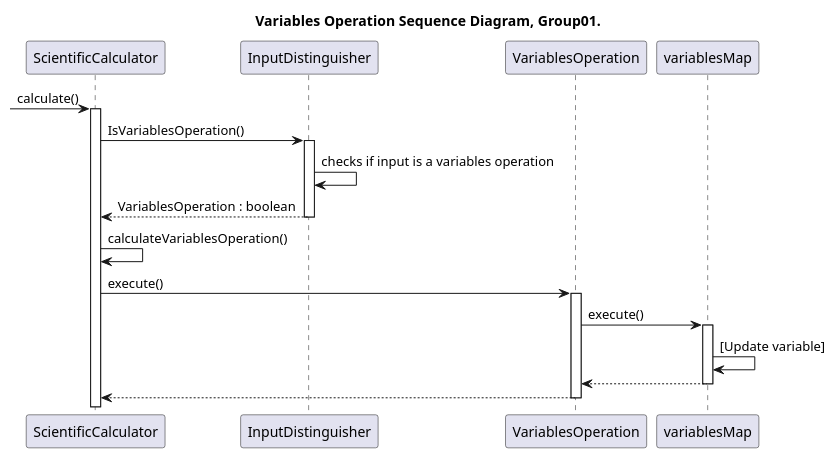
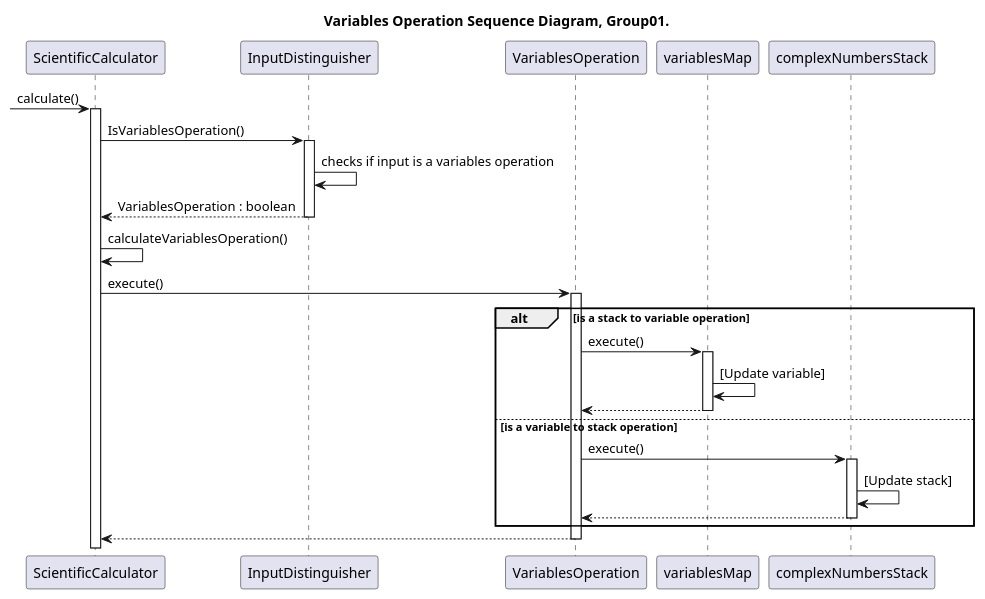
The diagram in sequence_diagram/VariablesOperation_SequenceDiagram_Group01.puml (CiroCutolo/Scientific_Calculator_group01_2023), drawn with PlantUML before and after one commit. The commit also changed 3 other files, not shown here.

Commit message:
modified the sequence diagram for VariablesOp

```diff
--- a/sequence_diagram/VariablesOperation_SequenceDiagram_Group01.puml
+++ b/sequence_diagram/VariablesOperation_SequenceDiagram_Group01.puml
@@ -1,30 +1,39 @@
 @startuml VariablesOperation_SequenceDiagram_Group01
 
 title Variables Operation Sequence Diagram, Group01.
 
 participant ScientificCalculator as calc
 participant InputDistinguisher as input
 participant VariablesOperation as Variables
 participant variablesMap as var_map
+participant complexNumbersStack as num_stack
 
 -> calc:calculate()
 activate calc
 
 calc -> input : IsVariablesOperation()
 activate input
 input -> input : checks if input is a variables operation
 input --> calc : VariablesOperation : boolean
 deactivate input
 
 calc -> calc : calculateVariablesOperation()
 calc -> Variables : execute()
 activate Variables
+alt is a stack to variable operation
 Variables -> var_map : execute()
 activate var_map
 var_map -> var_map : [Update variable]
 var_map --> Variables
 deactivate var_map
+else is a variable to stack operation
+Variables -> num_stack : execute()
+activate num_stack
+num_stack -> num_stack : [Update stack]
+num_stack -->Variables
+deactivate num_stack
+end
 Variables --> calc
 deactivate Variables
 
 @enduml
```
